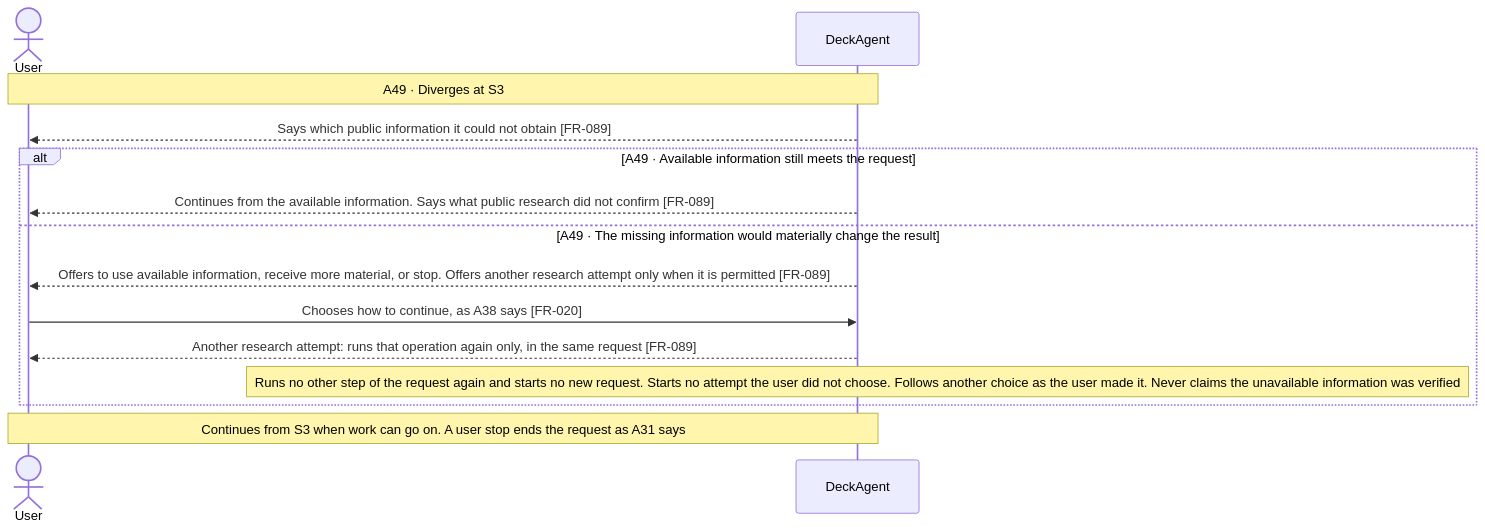
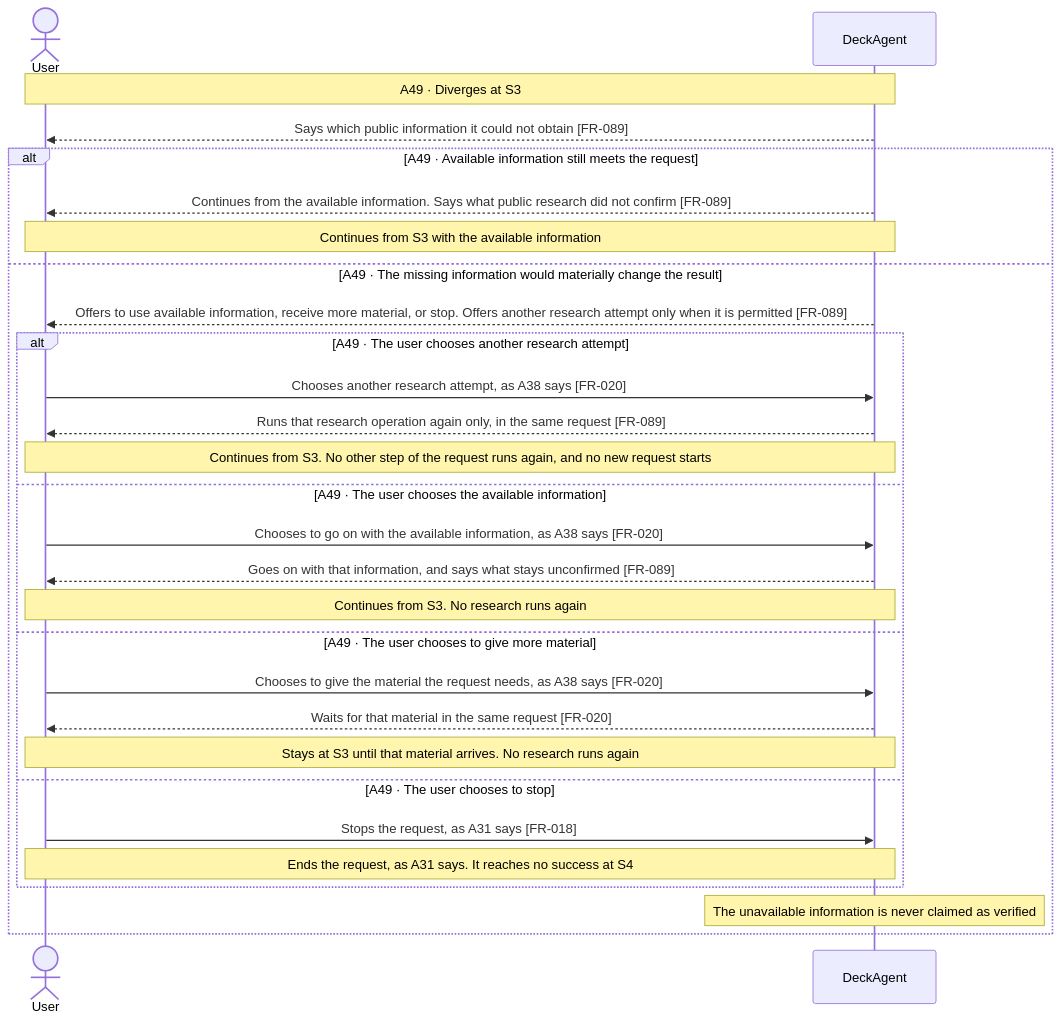
Before and after one commit to Luke23127006/DeckAgent: diagram 30 of 30 in docs/spec/03-use-cases/UC-003.md, drawn with Mermaid. The commit also changed other lines of this file and 2 other files, not shown here.

Commit message:
docs(spec): fix public research branch ends and shorten FR statements

````diff
--- a/docs/spec/03-use-cases/UC-003.md
+++ b/docs/spec/03-use-cases/UC-003.md
@@ -449,16 +452,30 @@
 ```mermaid
 sequenceDiagram
     actor User
     participant DeckAgent
     Note over User,DeckAgent: A49 · Diverges at S3
     DeckAgent-->>User: Says which public information it could not obtain [FR-089]
     alt A49 · Available information still meets the request
         DeckAgent-->>User: Continues from the available information. Says what public research did not confirm [FR-089]
+        Note over User,DeckAgent: Continues from S3 with the available information
     else A49 · The missing information would materially change the result
         DeckAgent-->>User: Offers to use available information, receive more material, or stop. Offers another research attempt only when it is permitted [FR-089]
-        User->>DeckAgent: Chooses how to continue, as A38 says [FR-020]
-        DeckAgent-->>User: Another research attempt: runs that operation again only, in the same request [FR-089]
-        note over DeckAgent: Runs no other step of the request again and starts no new request. Starts no attempt the user did not choose. Follows another choice as the user made it. Never claims the unavailable information was verified
+        alt A49 · The user chooses another research attempt
+            User->>DeckAgent: Chooses another research attempt, as A38 says [FR-020]
+            DeckAgent-->>User: Runs that research operation again only, in the same request [FR-089]
+            Note over User,DeckAgent: Continues from S3. No other step of the request runs again, and no new request starts
+        else A49 · The user chooses the available information
+            User->>DeckAgent: Chooses to go on with the available information, as A38 says [FR-020]
+            DeckAgent-->>User: Goes on with that information, and says what stays unconfirmed [FR-089]
+            Note over User,DeckAgent: Continues from S3. No research runs again
+        else A49 · The user chooses to give more material
+            User->>DeckAgent: Chooses to give the material the request needs, as A38 says [FR-020]
+            DeckAgent-->>User: Waits for that material in the same request [FR-020]
+            Note over User,DeckAgent: Stays at S3 until that material arrives. No research runs again
+        else A49 · The user chooses to stop
+            User->>DeckAgent: Stops the request, as A31 says [FR-018]
+            Note over User,DeckAgent: Ends the request, as A31 says. It reaches no success at S4
+        end
+        note over DeckAgent: The unavailable information is never claimed as verified
     end
-    Note over User,DeckAgent: Continues from S3 when work can go on. A user stop ends the request as A31 says
 ```
````
